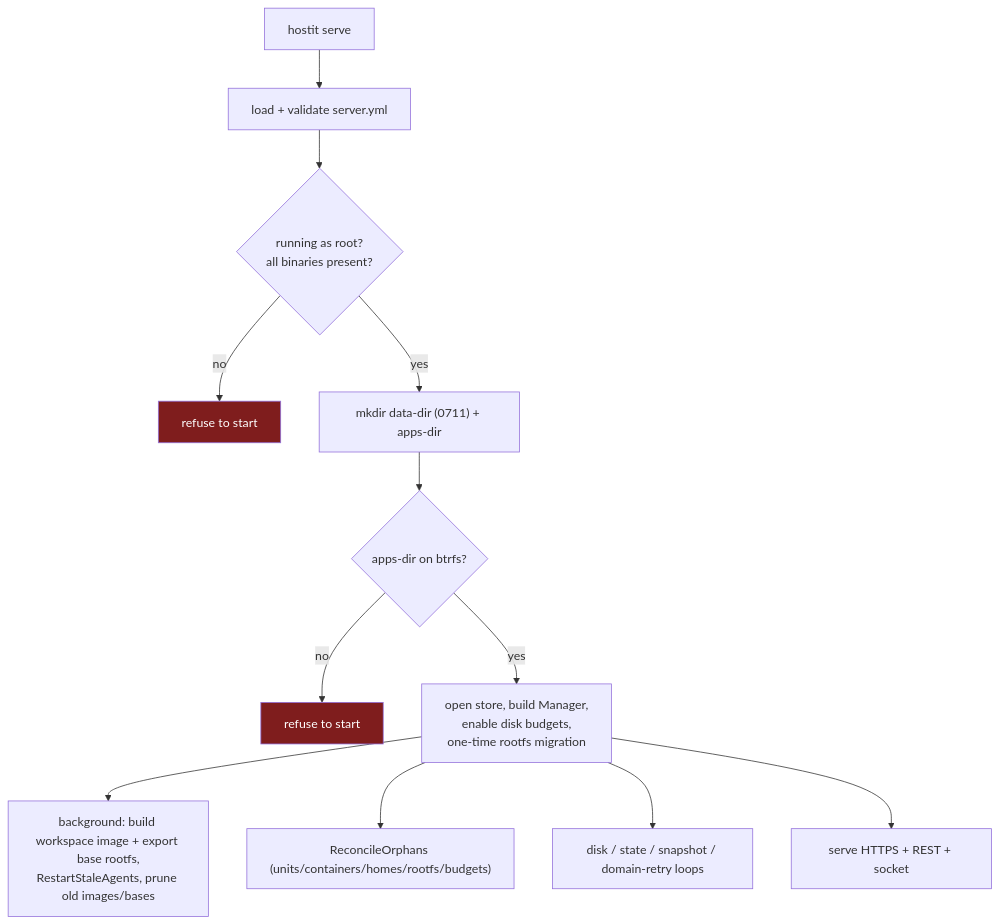
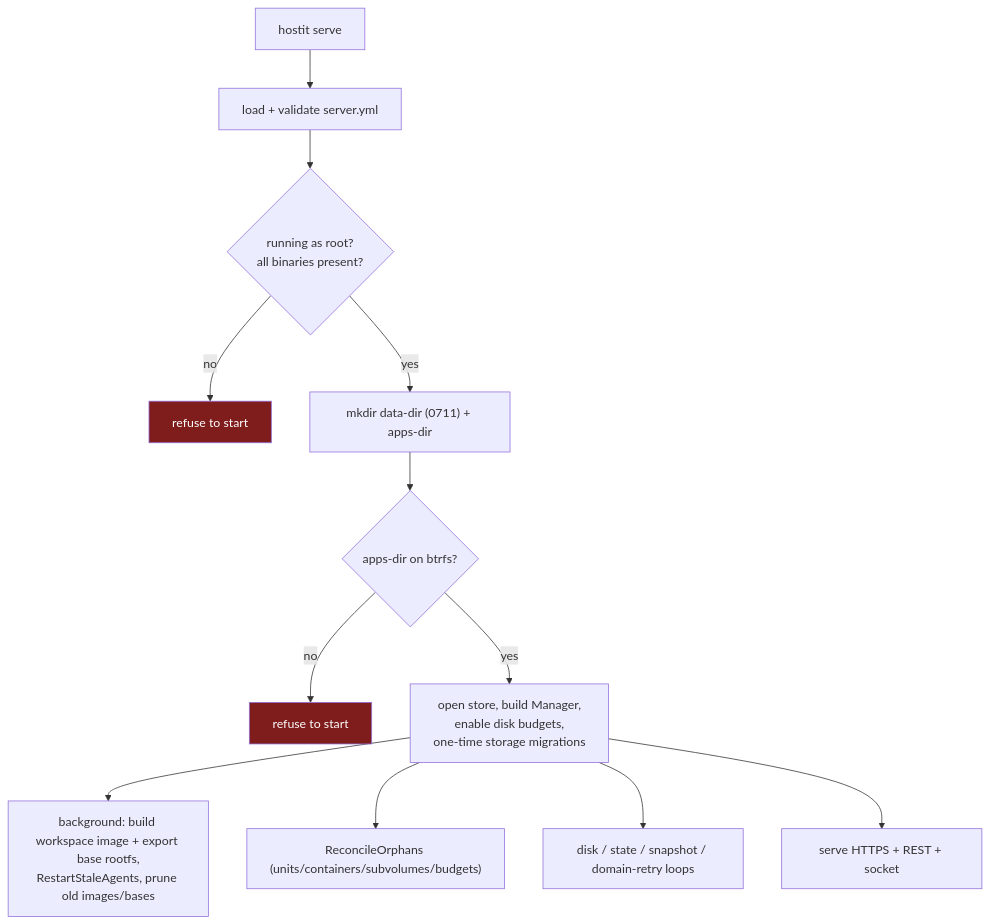
Before and after one commit to binwiederhier/hostit: the diagram in docs/subsystems/release-and-preflight.md, drawn with Mermaid. The commit also changed other lines of this file and 21 other files, not shown here.

````diff
--- a/docs/subsystems/release-and-preflight.md
+++ b/docs/subsystems/release-and-preflight.md
@@ -87,16 +87,16 @@
 ```mermaid
 flowchart TB
     start["hostit serve"] --> cfg["load + validate server.yml"]
     cfg --> root{"running as root?<br/>all binaries present?"}
     root -->|no| die1["refuse to start"]
     root -->|yes| dirs["mkdir data-dir (0711) + apps-dir"]
     dirs --> btr{"apps-dir on btrfs?"}
     btr -->|no| die2["refuse to start"]
-    btr -->|yes| open["open store, build Manager,<br/>enable disk budgets,<br/>one-time rootfs migration"]
+    btr -->|yes| open["open store, build Manager,<br/>enable disk budgets,<br/>one-time storage migrations"]
     open --> bg["background: build workspace image + export base rootfs,<br/>RestartStaleAgents, prune old images/bases"]
-    open --> rec["ReconcileOrphans (units/containers/homes/rootfs/budgets)"]
+    open --> rec["ReconcileOrphans (units/containers/subvolumes/budgets)"]
     open --> loops["disk / state / snapshot / domain-retry loops"]
     open --> srv["serve HTTPS + REST + socket"]
     style die1 fill:#7f1d1d,color:#fff
     style die2 fill:#7f1d1d,color:#fff
 ```
````
